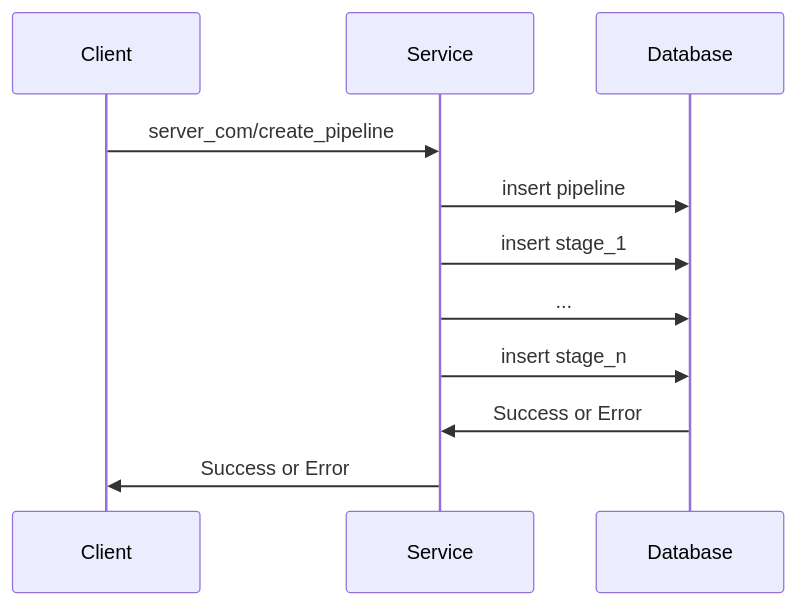
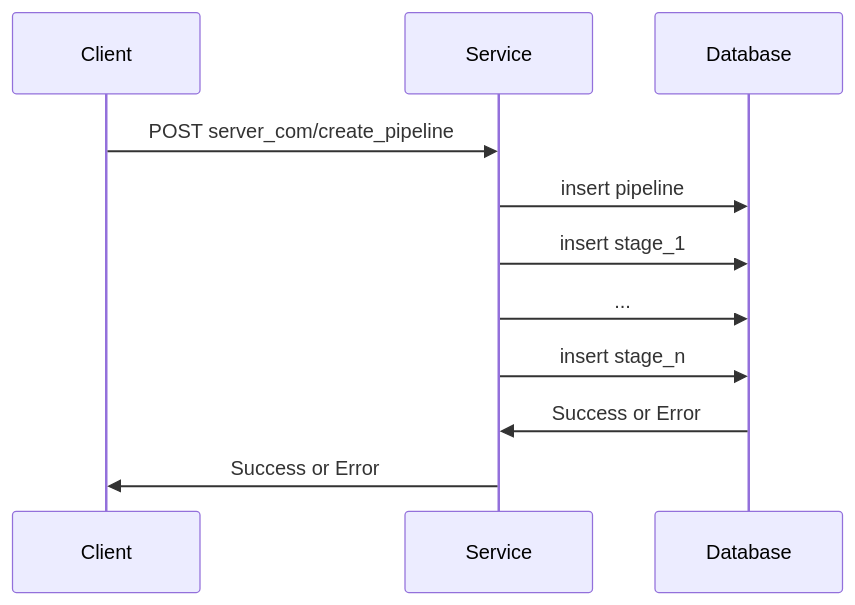
The first of 4 diagrams in pipeline.md (Jwostik/FastAPI), drawn with Mermaid before and after one commit. The commit also changed other lines of this file, not shown here.

````diff
--- a/pipeline.md
+++ b/pipeline.md
@@ -1,13 +1,13 @@
 ```mermaid
 sequenceDiagram
     participant C as Client
     participant S as Service
     participant D as Database
-    C->>S: server_com/create_pipeline
+    C->>S: POST server_com/create_pipeline
     S->>D: insert pipeline
     S->>D: insert stage_1
     S->>D: ...
     S->>D: insert stage_n
     D->>S: Success or Error
     S->>C: Success or Error
 ```
````
